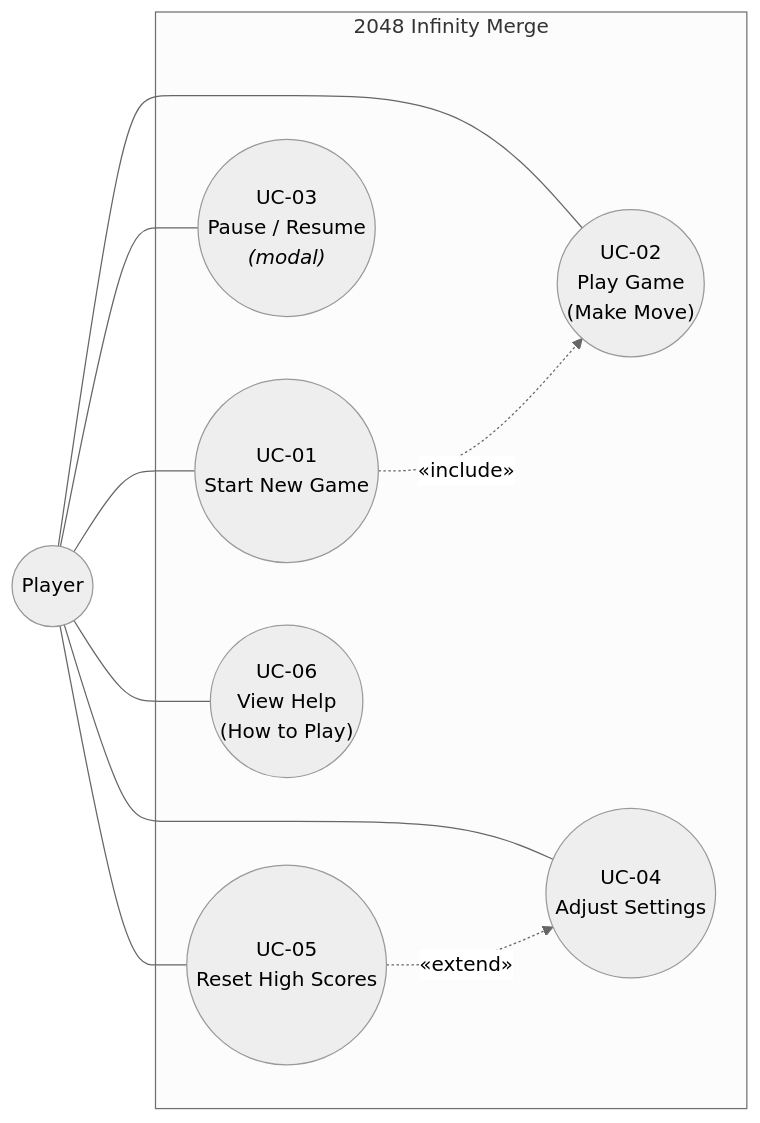
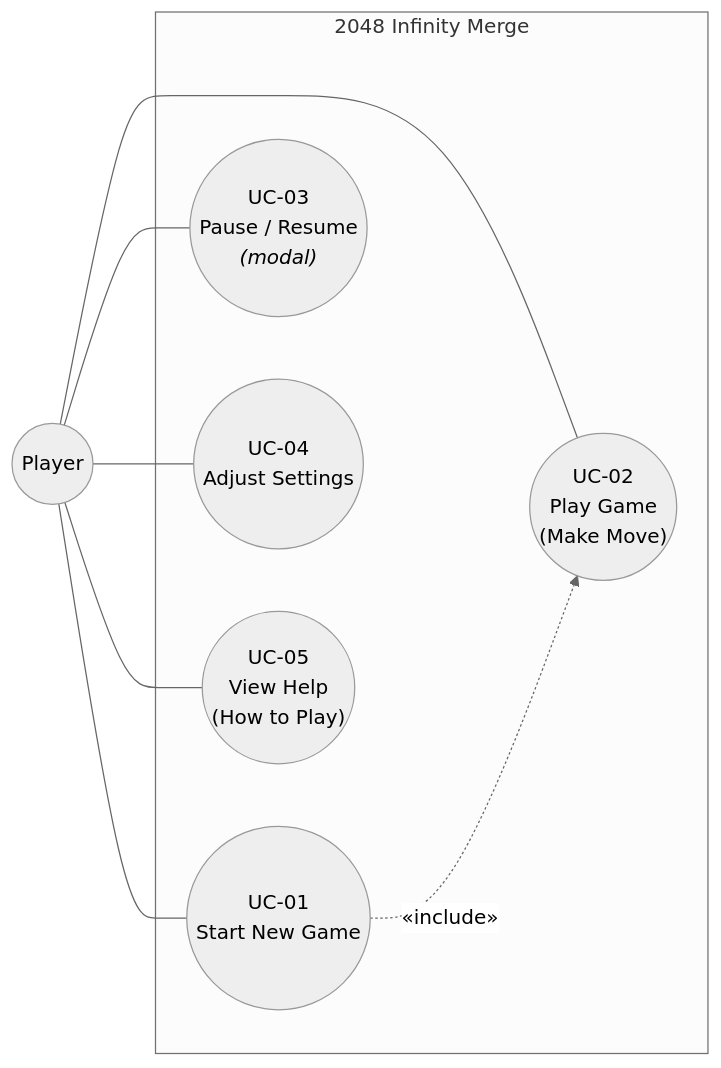
Before and after one commit to LeThaiAn15112004/2048-Infinity-Merge: the third of 3 diagrams in Docs/software_requirement.md, drawn with Mermaid (neutral theme). The commit also changed other lines of this file and 1 other file, not shown here.

````diff
--- a/Docs/software_requirement.md
+++ b/Docs/software_requirement.md
@@ -73,23 +73,20 @@
 ```mermaid
 flowchart LR
     Player(("Player"))
 
     subgraph System["2048 Infinity Merge"]
         UC1(("UC-01<br/>Start New Game"))
         UC2(("UC-02<br/>Play Game<br/>(Make Move)"))
         UC3(("UC-03<br/>Pause / Resume<br/><i>(modal)</i>"))
         UC4(("UC-04<br/>Adjust Settings"))
-        UC5(("UC-05<br/>Reset High Scores"))
-        UC6(("UC-06<br/>View Help<br/>(How to Play)"))
+        UC5(("UC-05<br/>View Help<br/>(How to Play)"))
     end
 
     Player --- UC1
     Player --- UC2
     Player --- UC3
     Player --- UC4
     Player --- UC5
-    Player --- UC6
 
     UC1 -. "&laquo;include&raquo;" .-> UC2
-    UC5 -. "&laquo;extend&raquo;" .-> UC4
 ```
````
